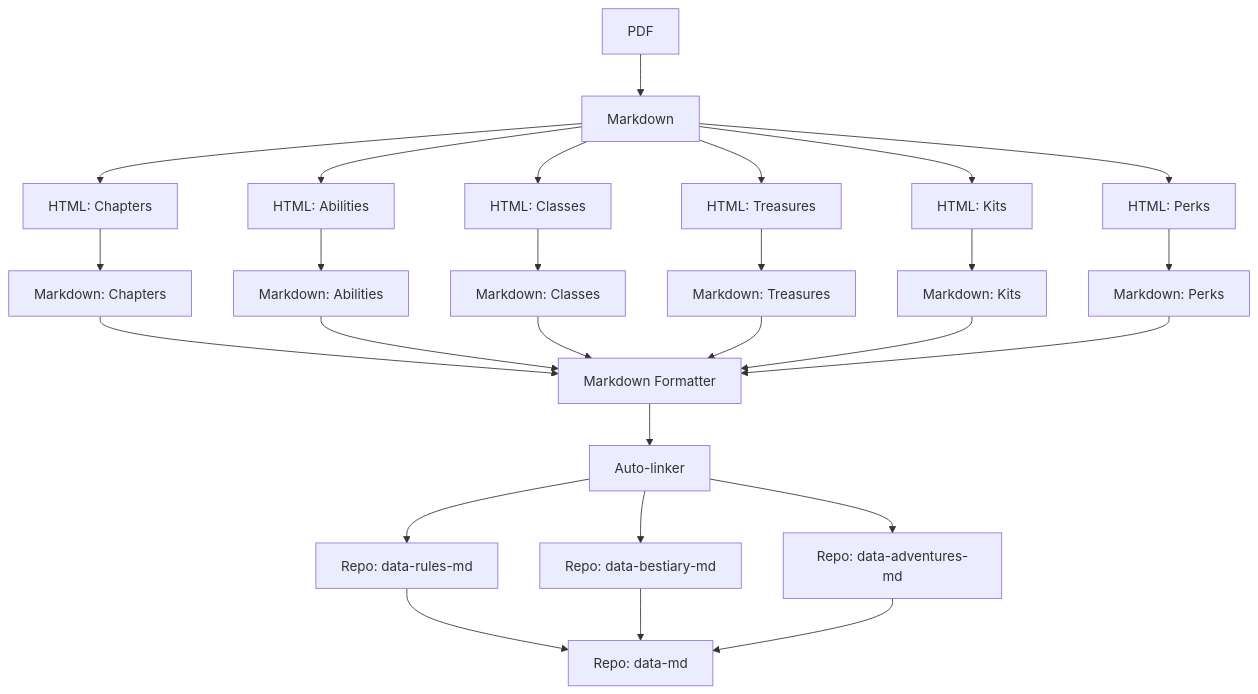
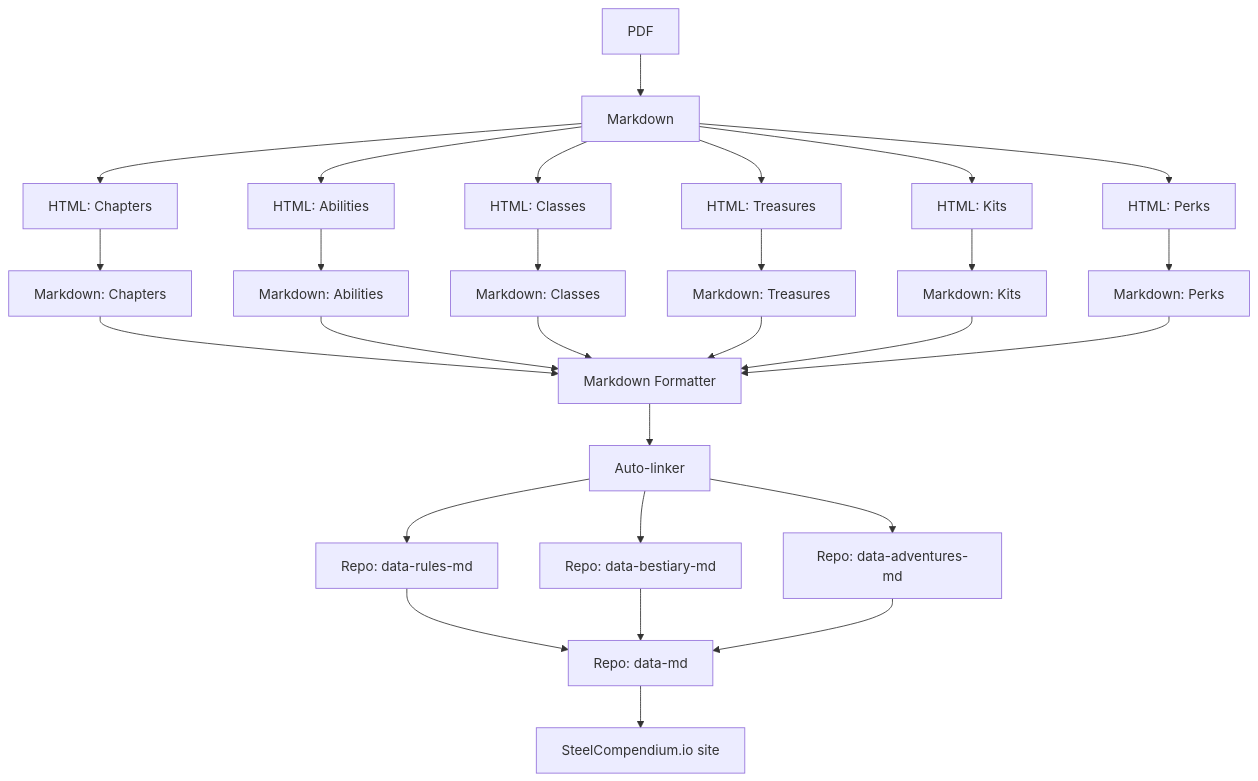
Before and after one commit to SteelCompendium/data-gen: the diagram in README.md, drawn with Mermaid. The commit also changed 1 other file, not shown here.

Commit message:
Readme updates

````diff
--- a/README.md
+++ b/README.md
@@ -10,35 +10,37 @@
 ```mermaid
 flowchart TB
     pdf["PDF"] --> markdown["Markdown"]
     
     markdown --> html_chapters["HTML: Chapters"]
     markdown --> html_abilities["HTML: Abilities"]
     markdown --> html_classes["HTML: Classes"]
     markdown --> html_treasures["HTML: Treasures"]
     markdown --> html_kits["HTML: Kits"]
     markdown --> html_perks["HTML: Perks"]
     
     html_chapters --> md_chapters["Markdown: Chapters"]
     html_abilities --> md_abilities["Markdown: Abilities"]
     html_classes --> md_classes["Markdown: Classes"]
     html_treasures --> md_treasures["Markdown: Treasures"]
     html_kits --> md_kits["Markdown: Kits"]
     html_perks --> md_perks["Markdown: Perks"]
     
     md_chapters --> formatter["Markdown Formatter"]
     md_abilities --> formatter["Markdown Formatter"]
     md_classes --> formatter["Markdown Formatter"]
     md_treasures --> formatter["Markdown Formatter"]
     md_kits --> formatter["Markdown Formatter"]
     md_perks --> formatter["Markdown Formatter"]
     
     formatter --> auto_linker["Auto-linker"]
     
     auto_linker --> rules_md["Repo: data-rules-md"]
     auto_linker --> bestiary_md["Repo: data-bestiary-md"]
     auto_linker --> adventures_md["Repo: data-adventures-md"]
     
     rules_md --> data_md["Repo: data-md"]
     bestiary_md --> data_md["Repo: data-md"]
     adventures_md --> data_md["Repo: data-md"]
+
+    data_md --> sc_site["SteelCompendium.io site"]
 ```
````
